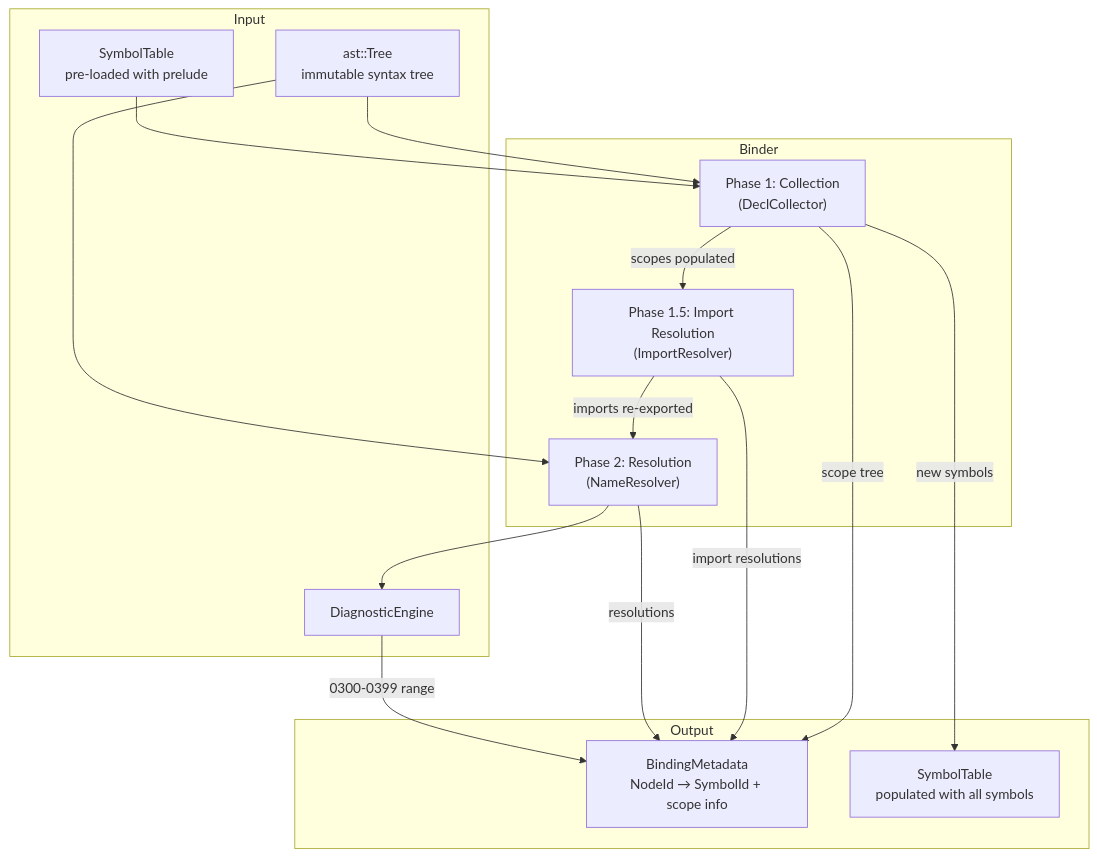
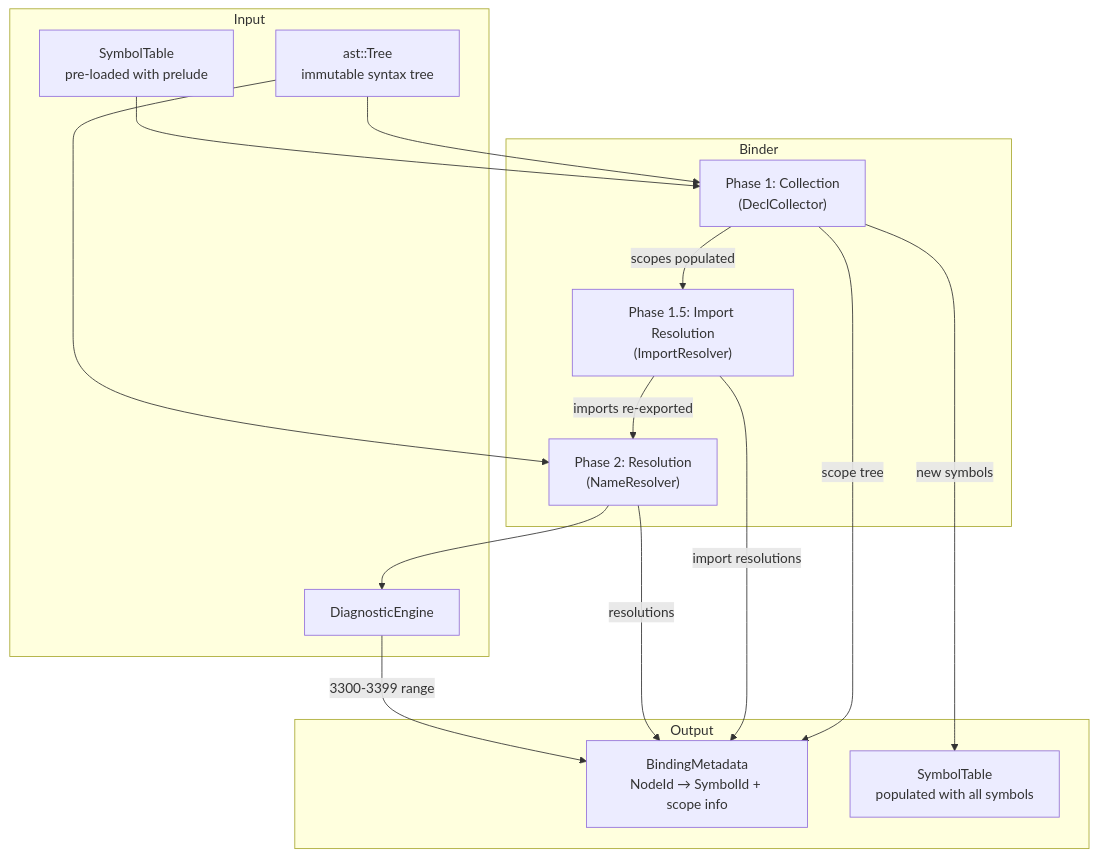
One commit to Zzzode/ZOM changed the diagram in docs/rfc/0004-binder-architecture.md. Above: the diagram before and after it, drawn with Mermaid. The commit also changed other lines of this file and 58 other files, not shown here.

````diff
--- a/docs/rfc/0004-binder-architecture.md
+++ b/docs/rfc/0004-binder-architecture.md
@@ -242,31 +242,31 @@
 ```mermaid
 flowchart TD
     subgraph "Input"
         AST[ast::Tree<br/>immutable syntax tree]
         ST[SymbolTable<br/>pre-loaded with prelude]
         DE[DiagnosticEngine]
     end
 
     subgraph "Binder"
         P1["Phase 1: Collection<br/>(DeclCollector)"]
         P15["Phase 1.5: Import Resolution<br/>(ImportResolver)"]
         P2["Phase 2: Resolution<br/>(NameResolver)"]
     end
 
     subgraph "Output"
         BM[BindingMetadata<br/>NodeId → SymbolId + scope info]
         ST2[SymbolTable<br/>populated with all symbols]
     end
 
     AST --> P1
     ST --> P1
     P1 -->|scopes populated| P15
     P15 -->|imports re-exported| P2
     AST --> P2
     P1 -->|scope tree| BM
     P15 -->|import resolutions| BM
     P2 -->|resolutions| BM
     P1 -->|new symbols| ST2
     P2 --> DE
-    DE -->|0300-0399 range| BM
+    DE -->|3300-3399 range| BM
 ```
````
